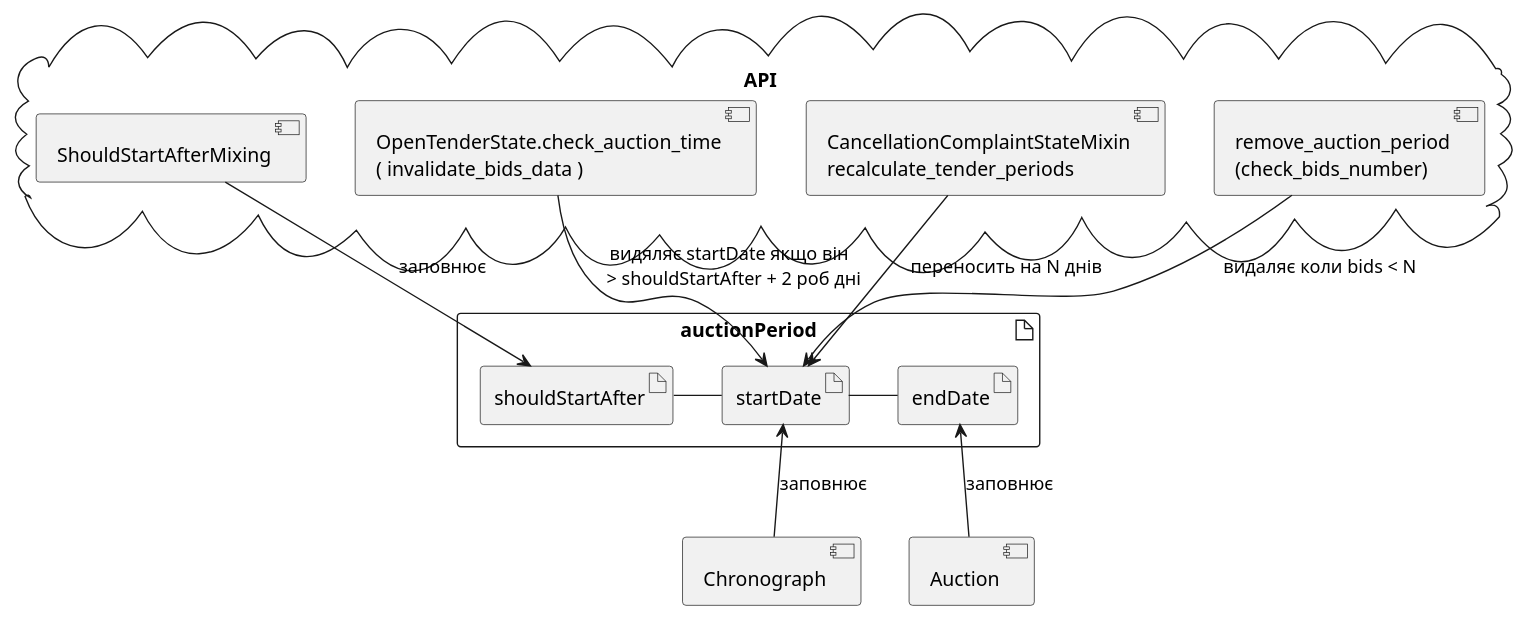
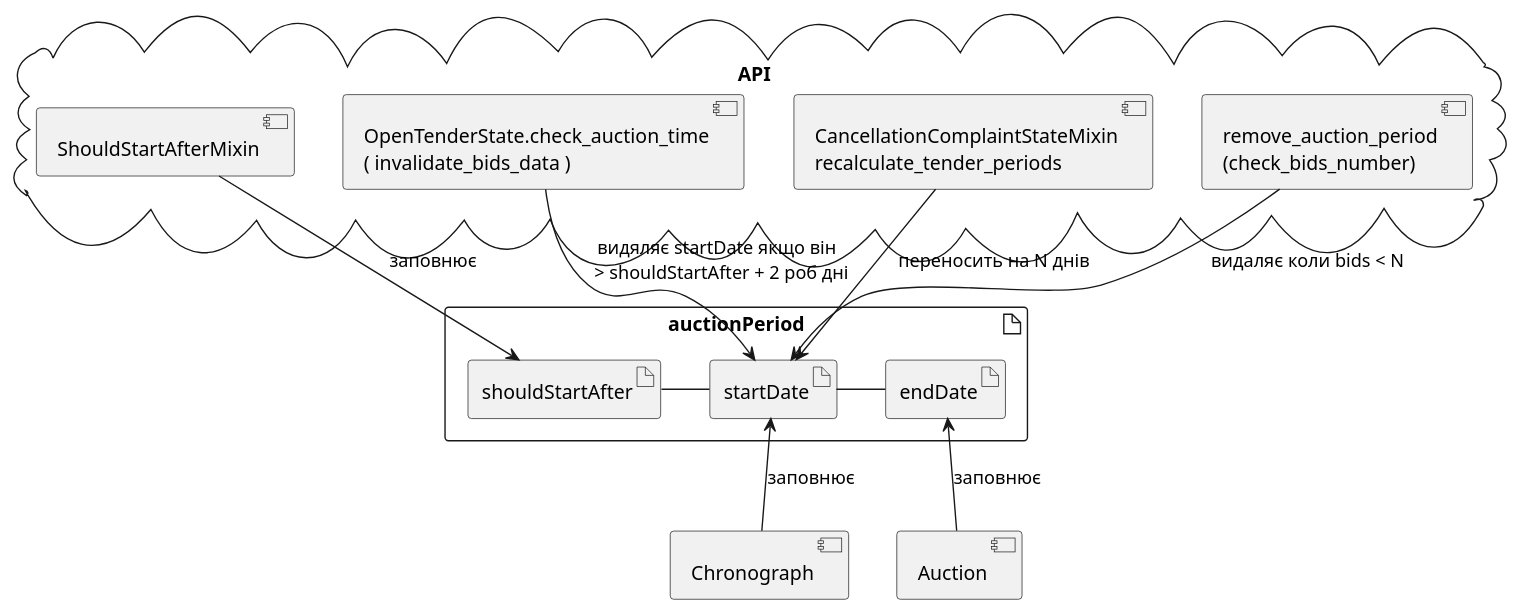
The diagram in docs/source/features/diagrams/auction_planning/by_chronograph.puml (ProzorroUKR/openprocurement.api), drawn with PlantUML before and after one commit. The commit also changed 337 other files, not shown here.

```diff
--- a/docs/source/features/diagrams/auction_planning/by_chronograph.puml
+++ b/docs/source/features/diagrams/auction_planning/by_chronograph.puml
@@ -1,39 +1,39 @@
 @startuml
 
 
 artifact auctionPeriod {
     artifact shouldStartAfter
     artifact startDate
     artifact endDate
     shouldStartAfter -r- startDate
     startDate -r- endDate
 }
 
 
 component Chronograph
 Chronograph -up-> startDate: заповнює
 
 
 
 cloud API {
-    component ShouldStartAfterMixing
-    ShouldStartAfterMixing --> shouldStartAfter: заповнює
+    component ShouldStartAfterMixin
+    ShouldStartAfterMixin --> shouldStartAfter: заповнює
 
 
     component "OpenTenderState.check_auction_time\n( invalidate_bids_data )" as check_auction_time
     check_auction_time --> startDate: видяляє startDate якщо він \n > shouldStartAfter + 2 роб дні
 
     component "CancellationComplaintStateMixin\nrecalculate_tender_periods" as recalculate_tender_periods
     recalculate_tender_periods --> startDate: переносить на N днів
 
     component "remove_auction_period\n(check_bids_number)" as remove_auction_period
     remove_auction_period --> startDate: видаляє коли bids < N
 
 }
 
 
 component Auction
 Auction -up-> endDate: заповнює
 
 
 @enduml
```
